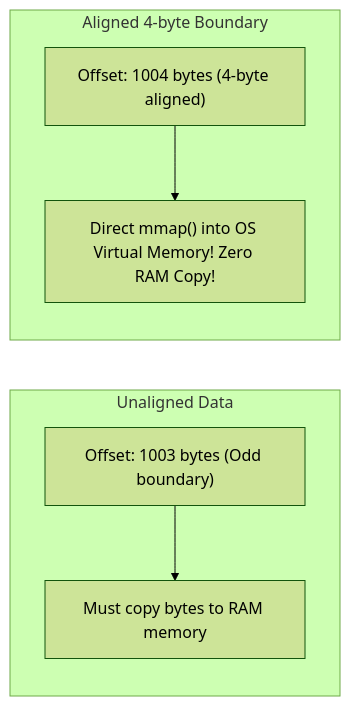
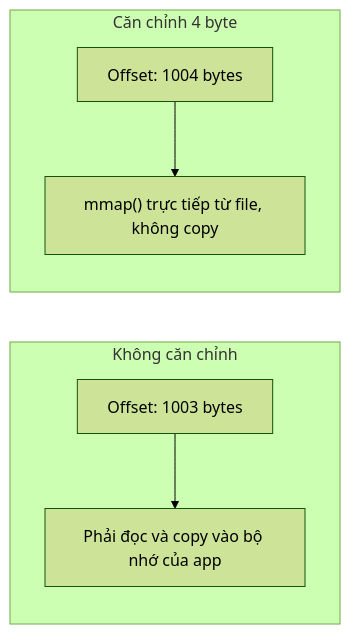
The third of 3 diagrams in knowledge/android/docs/session_01/output_packages/apk_files.md (h1eu/knowledge), drawn with Mermaid (forest theme) before and after one commit. The commit also changed other lines of this file and 80 other files, not shown here.

First line of the commit message:
docs(android): rewrite Session 01, add Claude Code config and diagrams

````diff
--- a/knowledge/android/docs/session_01/output_packages/apk_files.md
+++ b/knowledge/android/docs/session_01/output_packages/apk_files.md
@@ -133,10 +139,10 @@
 ```mermaid
 flowchart LR
-    subgraph NonAligned [Unaligned Data]
-        Offset1["Offset: 1003 bytes (Odd boundary)"] --> Read1["Must copy bytes to RAM memory"]
+    subgraph NonAligned ["Không căn chỉnh"]
+        Offset1["Offset: 1003 bytes"] --> Read1["Phải đọc và copy vào bộ nhớ của app"]
     end
 
-    subgraph Aligned [Aligned 4-byte Boundary]
-        Offset2["Offset: 1004 bytes (4-byte aligned)"] --> Read2["Direct mmap() into OS Virtual Memory! Zero RAM Copy!"]
+    subgraph Aligned ["Căn chỉnh 4 byte"]
+        Offset2["Offset: 1004 bytes"] --> Read2["mmap() trực tiếp từ file, không copy"]
     end
 ```
````
